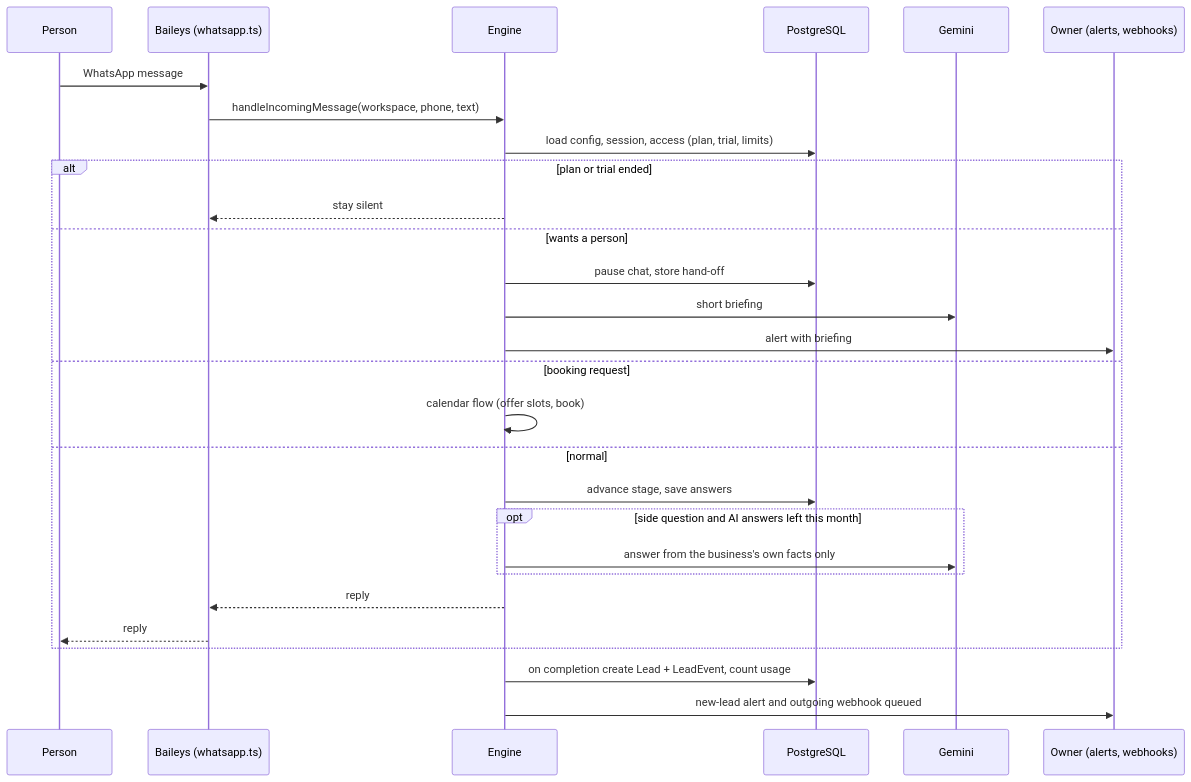
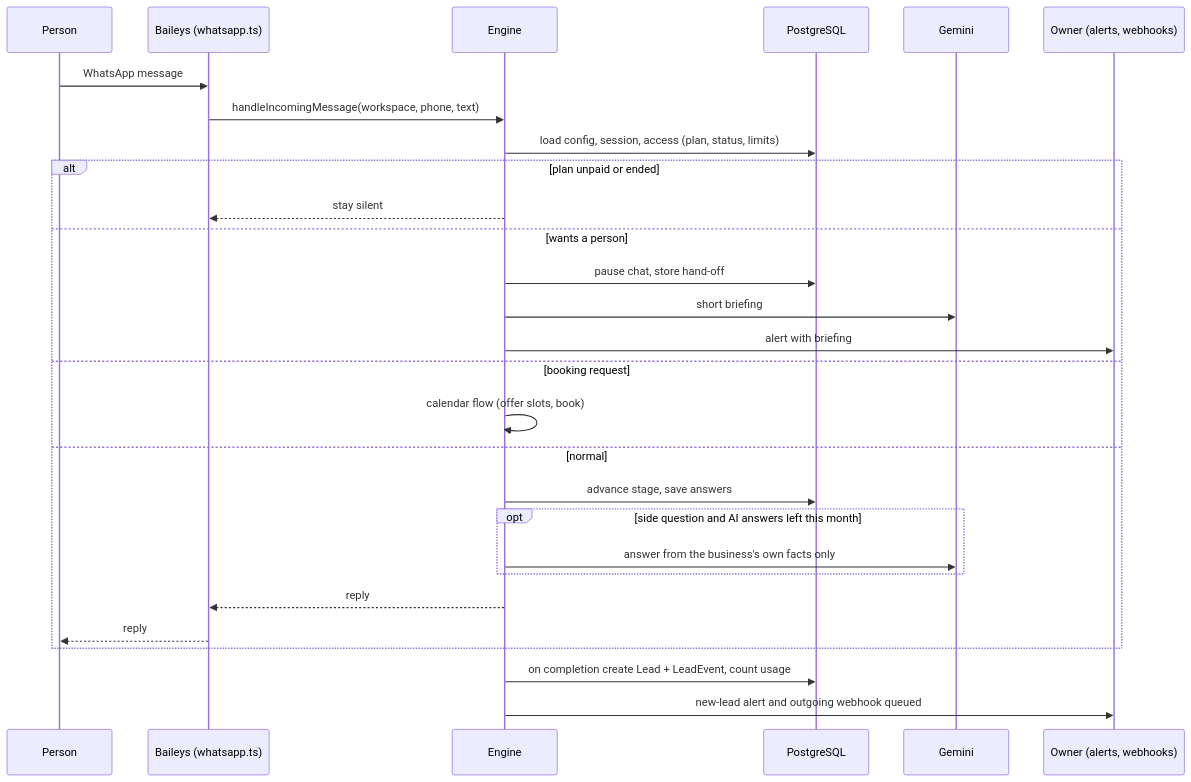
Before and after one commit to imshailesh593/whatsapp_chatbot: the third of 6 diagrams in docs/ARCHITECTURE.md, drawn with Mermaid. The commit also changed other lines of this file and 38 other files, not shown here.

````diff
--- a/docs/ARCHITECTURE.md
+++ b/docs/ARCHITECTURE.md
@@ -145,30 +145,30 @@
 ```mermaid
 sequenceDiagram
   participant P as Person
   participant WA as Baileys (whatsapp.ts)
   participant EN as Engine
   participant DB as PostgreSQL
   participant AI as Gemini
   participant OW as Owner (alerts, webhooks)
   P->>WA: WhatsApp message
   WA->>EN: handleIncomingMessage(workspace, phone, text)
-  EN->>DB: load config, session, access (plan, trial, limits)
-  alt plan or trial ended
+  EN->>DB: load config, session, access (plan, status, limits)
+  alt plan unpaid or ended
     EN-->>WA: stay silent
   else wants a person
     EN->>DB: pause chat, store hand-off
     EN->>AI: short briefing
     EN->>OW: alert with briefing
   else booking request
     EN->>EN: calendar flow (offer slots, book)
   else normal
     EN->>DB: advance stage, save answers
     opt side question and AI answers left this month
       EN->>AI: answer from the business's own facts only
     end
     EN-->>WA: reply
     WA-->>P: reply
   end
   EN->>DB: on completion create Lead + LeadEvent, count usage
   EN->>OW: new-lead alert and outgoing webhook queued
 ```
````
